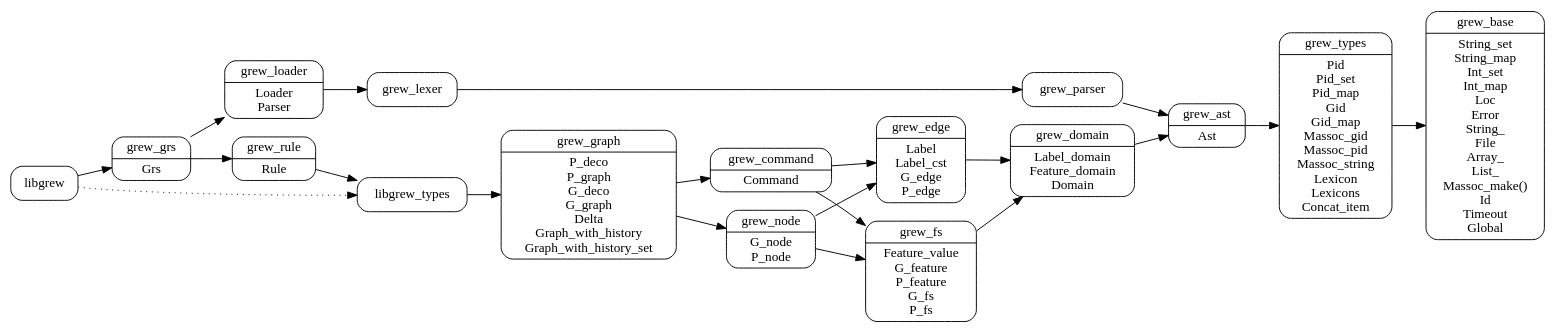
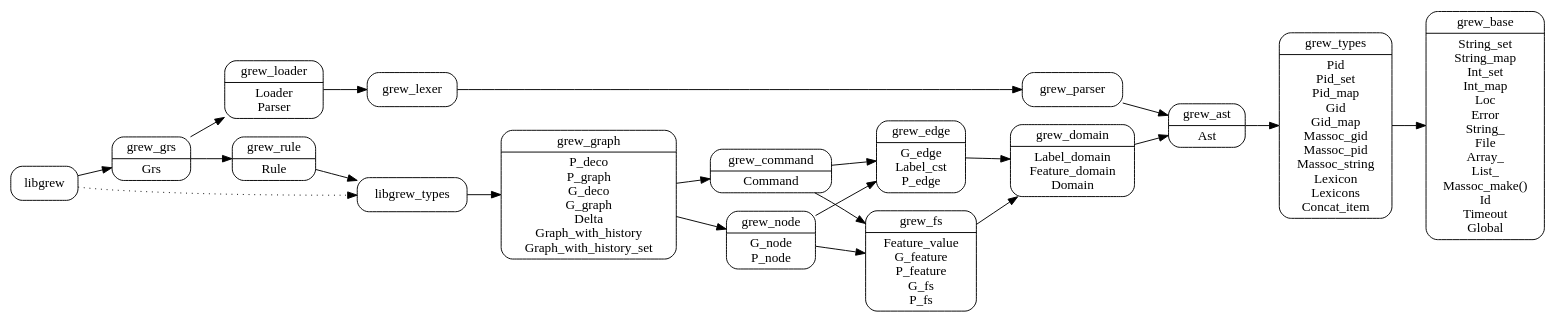
The diagram in dev/arch.dot (grew-nlp/grewlib), drawn with Graphviz before and after one commit. The commit also changed 6 other files, not shown here.

Commit message:
Simplify modules in grew_edge.ml*

```diff
--- a/dev/arch.dot
+++ b/dev/arch.dot
@@ -1,33 +1,33 @@
 digraph grew {
   node [shape=Mrecord];
   rankdir = LR;
   grew_base [label="grew_base|String_set\nString_map\nInt_set\nInt_map\nLoc\nError\nString_\nFile\nArray_\nList_\nMassoc_make()\nId\nTimeout\nGlobal"]
   grew_types [label="grew_types|Pid\nPid_set\nPid_map\nGid\nGid_map\nMassoc_gid\nMassoc_pid\nMassoc_string\nLexicon\nLexicons\nConcat_item"]
   grew_ast [label="grew_ast|Ast"]
   grew_domain [label="grew_domain|Label_domain\nFeature_domain\nDomain"]
   grew_loader [label="grew_loader|Loader\nParser"]
   grew_fs [label="grew_fs|Feature_value\nG_feature\nP_feature\nG_fs\nP_fs"]
-  grew_edge [label="grew_edge|Label\nLabel_cst\nG_edge\nP_edge"]
+  grew_edge [label="grew_edge|G_edge\nLabel_cst\nP_edge"]
   grew_node [label="grew_node|G_node\nP_node"]
   grew_command [label="grew_command|Command"]
   grew_graph [label="grew_graph|P_deco\nP_graph\nG_deco\nG_graph\nDelta\nGraph_with_history\nGraph_with_history_set"]
   grew_rule [label="grew_rule|Rule"]
   grew_grs [label="grew_grs|Grs"]
 
 grew_domain -> grew_ast -> grew_types -> grew_base
 grew_edge -> grew_domain
 grew_fs -> grew_domain
 grew_command -> grew_edge
 grew_command -> grew_fs
 grew_node -> grew_edge
 grew_node -> grew_fs
 grew_graph -> grew_node
 grew_graph -> grew_command
 libgrew_types -> grew_graph
 grew_rule -> libgrew_types
 grew_grs -> grew_rule
 grew_grs -> grew_loader -> grew_lexer -> grew_parser -> grew_ast
 libgrew -> grew_grs
 
 libgrew -> libgrew_types [style=dotted]
 }
```
